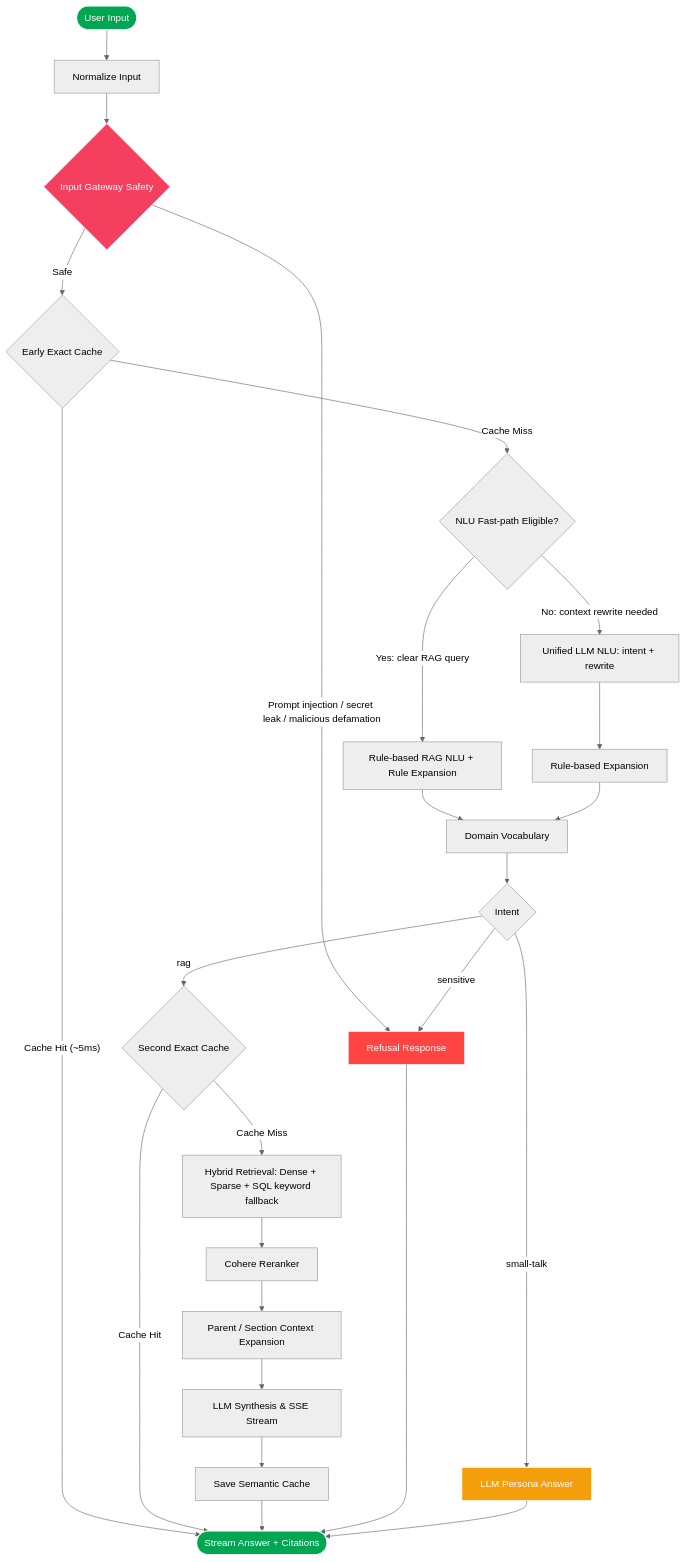
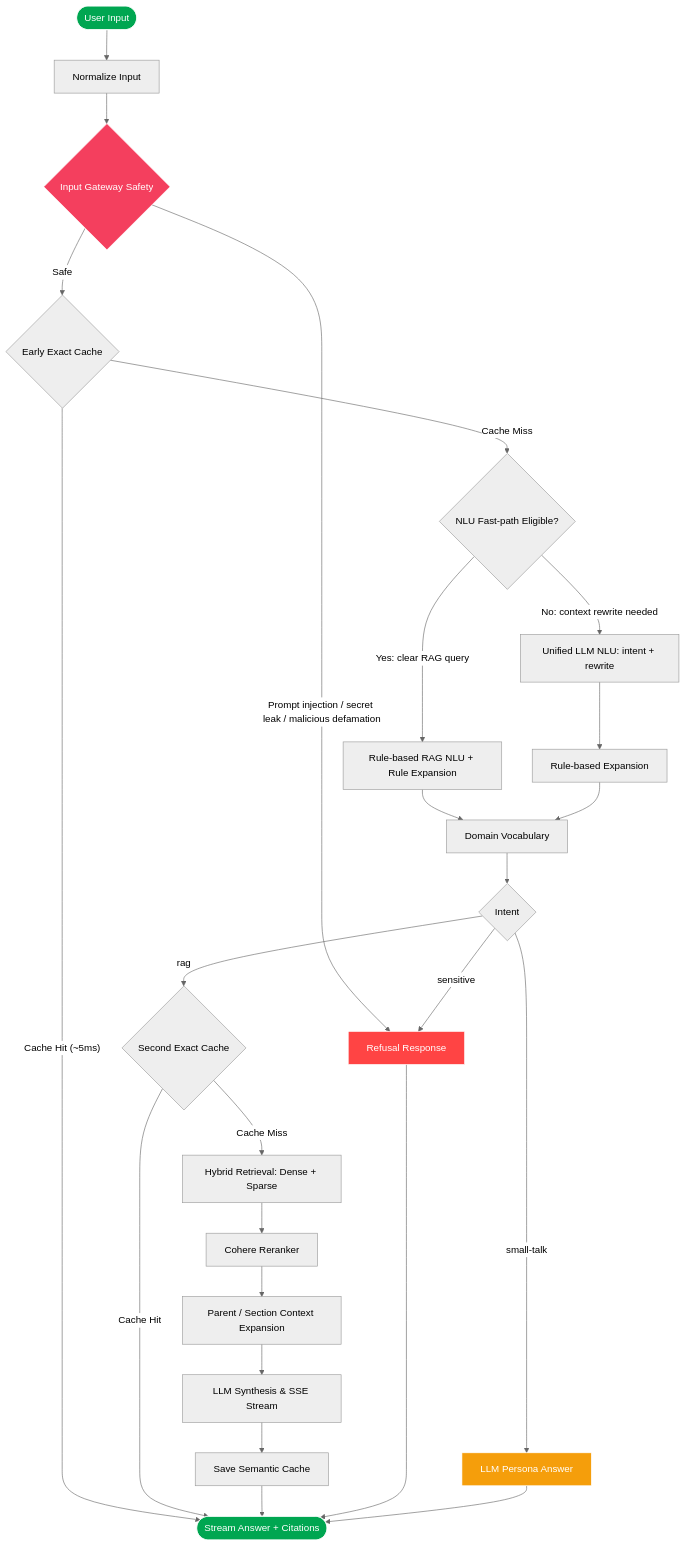
One commit to dungltcn272/XANH_SM_AI_ASSISTANT_V1 changed the diagram in README.md. Above: the diagram before and after it, drawn with Mermaid (neutral theme). The commit also changed other lines of this file and 5 other files, not shown here.

Commit message:
Disable SQL fallback in hybrid search

````diff
--- a/README.md
+++ b/README.md
@@ -100,37 +100,37 @@
 ```mermaid
 graph TD
     A([User Input]) --> N[Normalize Input]
     N --> B{Input Gateway Safety}
     B -- "Prompt injection / secret leak / malicious defamation" --> Block[Refusal Response]
     B -- "Safe" --> C{Early Exact Cache}
 
     C -- "Cache Hit (~5ms)" --> Out([Stream Answer + Citations])
     C -- "Cache Miss" --> D{NLU Fast-path Eligible?}
 
     D -- "Yes: clear RAG query" --> D1[Rule-based RAG NLU + Rule Expansion]
     D -- "No: context rewrite needed" --> D2[Unified LLM NLU: intent + rewrite]
     D1 --> DV[Domain Vocabulary]
     D2 --> RuleExp[Rule-based Expansion]
     RuleExp --> DV
     DV --> E{Intent}
     E -- "small-talk" --> Stalk[LLM Persona Answer]
     E -- "sensitive" --> Block
     E -- "rag" --> F{Second Exact Cache}
 
     F -- "Cache Hit" --> Out
-    F -- "Cache Miss" --> G[Hybrid Retrieval: Dense + Sparse + SQL keyword fallback]
+    F -- "Cache Miss" --> G[Hybrid Retrieval: Dense + Sparse]
 
     G --> H[Cohere Reranker]
     H --> I[Parent / Section Context Expansion]
     I --> K[LLM Synthesis & SSE Stream]
     K --> CacheSave[Save Semantic Cache]
     CacheSave --> Out
     Block --> Out
     Stalk --> Out
 
     style A fill:#00A651,stroke:#fff,color:#fff
     style Out fill:#00A651,stroke:#fff,color:#fff
     style Block fill:#ff4444,stroke:#fff,color:#fff
     style Stalk fill:#f59e0b,stroke:#fff,color:#fff
     style B fill:#f43f5e,stroke:#fff,color:#fff
 ```
````
